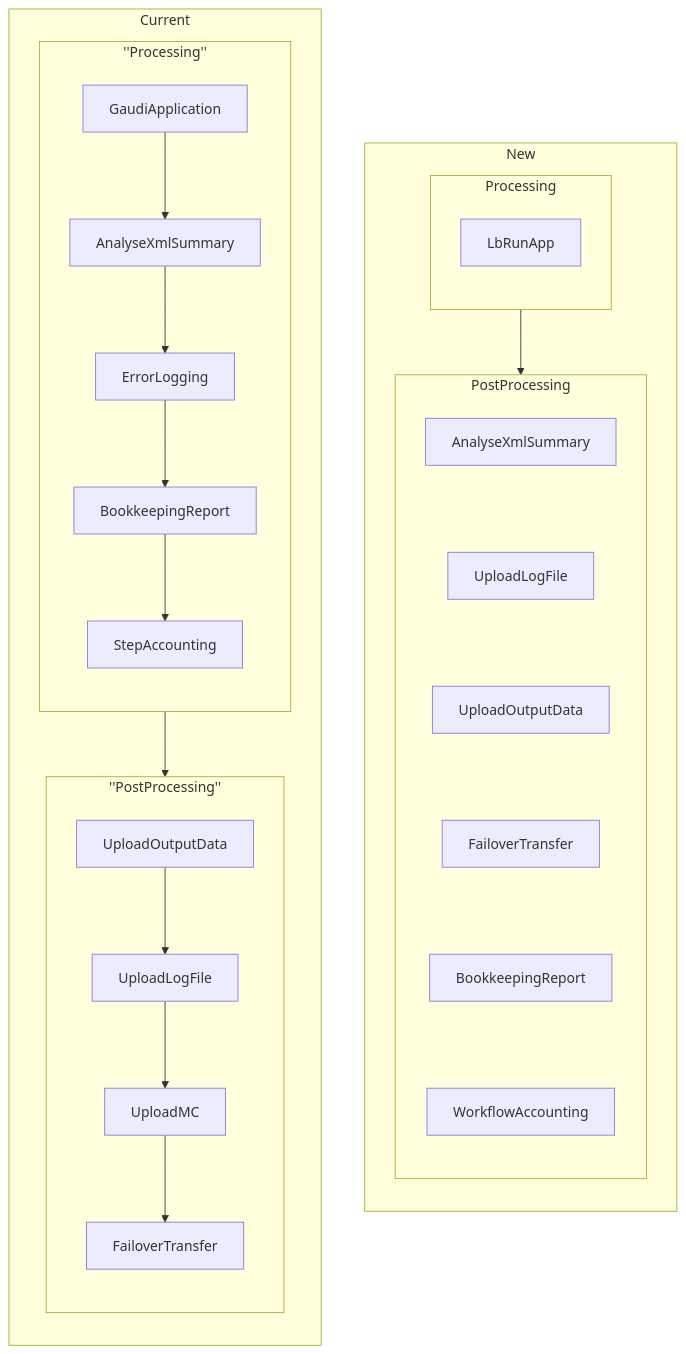
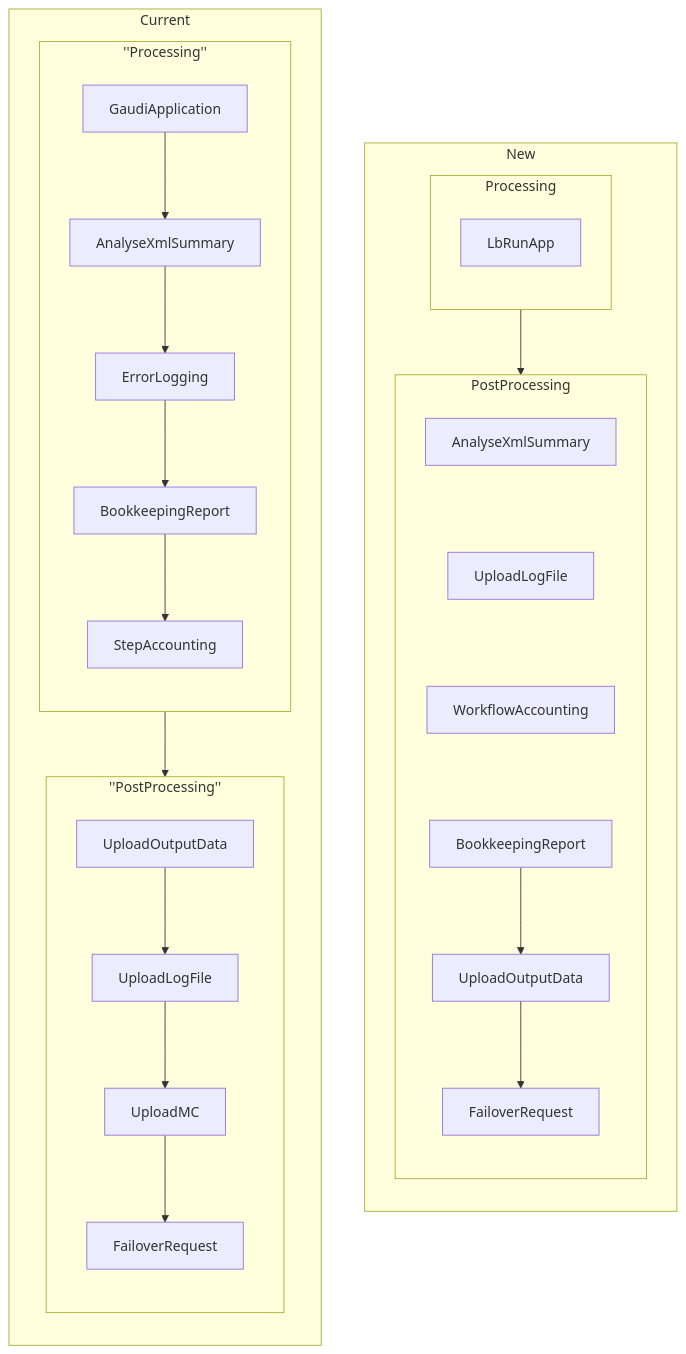
Before and after one commit to DIRACGrid/dirac-cwl: the third of 5 diagrams in docs/design/lhcb-workflows.md, drawn with Mermaid. The commit also changed other lines of this file, not shown here.

````diff
--- a/docs/design/lhcb-workflows.md
+++ b/docs/design/lhcb-workflows.md
@@ -100,68 +102,68 @@
 ```mermaid
 flowchart LR
     direction TB
 
     subgraph Current
         direction TB
 
 
         subgraph Processing0[''Processing'']
             direction TB
 
             GaudiApplication0[GaudiApplication]
             AnalyseXmlSummary0[AnalyseXmlSummary]
             ErrorLogging0[ErrorLogging]
             BookkeepingReport0[BookkeepingReport]
             StepAccounting0[StepAccounting]
 
 
             GaudiApplication0 --> AnalyseXmlSummary0
             AnalyseXmlSummary0 --> ErrorLogging0
             ErrorLogging0 --> BookkeepingReport0
             BookkeepingReport0 --> StepAccounting0
         end
 
         subgraph PostProcessing0[''PostProcessing'']
             direction TB
 
             UploadOutputData0[UploadOutputData]
             UploadLogFile0[UploadLogFile]
             UploadMC0[UploadMC]
-            FailoverTransfer0[FailoverTransfer]
+            FailoverRequest0[FailoverRequest]
 
             UploadOutputData0 --> UploadLogFile0
             UploadLogFile0 --> UploadMC0
-            UploadMC0 --> FailoverTransfer0
+            UploadMC0 --> FailoverRequest0
         end
 
         Processing0 --> PostProcessing0
 
     end
 
     subgraph New
         direction TB
         subgraph Processing1[Processing]
             direction TB
             LbRunApp1[LbRunApp]
         end
         subgraph PostProcessing1[PostProcessing]
         direction TB
             AnalyseXmlSummary1[AnalyseXmlSummary]
             UploadLogFile1[UploadLogFile]
             UploadOutputData1[UploadOutputData]
-            FailoverTransfer1[FailoverTransfer]
+            FailoverRequest1[FailoverRequest]
             BookkeepingReport1[BookkeepingReport]
             WorkflowAccounting1[WorkflowAccounting]
 
             AnalyseXmlSummary1 ~~~ UploadLogFile1
-            UploadLogFile1 ~~~ UploadOutputData1
-            UploadOutputData1 ~~~ FailoverTransfer1
-            FailoverTransfer1 ~~~ BookkeepingReport1
-            BookkeepingReport1 ~~~ WorkflowAccounting1
+            UploadLogFile1 ~~~ WorkflowAccounting1
+            WorkflowAccounting1 ~~~ BookkeepingReport1
+            BookkeepingReport1 --> UploadOutputData1
+            UploadOutputData1 --> FailoverRequest1
         end
 
         Processing1 --> PostProcessing1
     end
 
     Current ~~~ New
 ```
````
